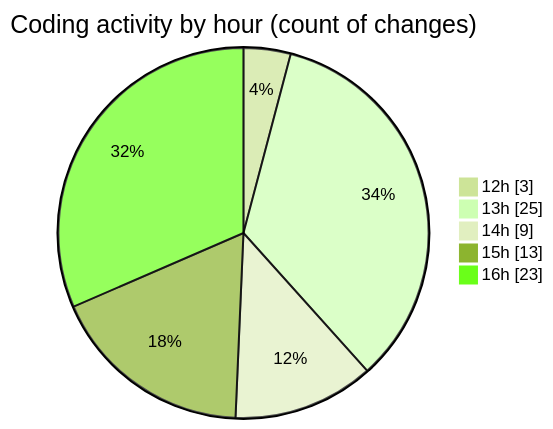
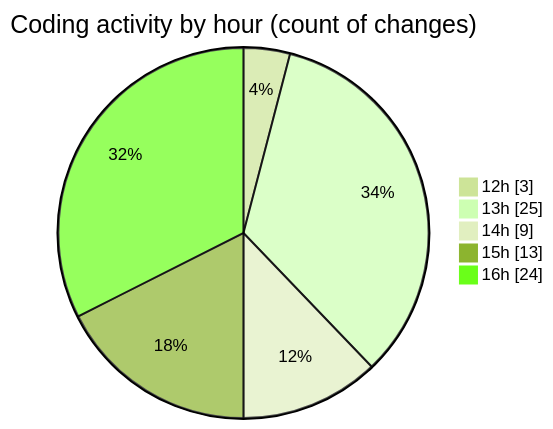
Before and after one commit to nxtqubesakshisongat/code-tracking: the second of 2 diagrams in 2025-09-26/nxtqube_webapp/README.md, drawn with Mermaid (forest theme). The commit also changed other lines of this file and 1 other file, not shown here.

````diff
--- a/2025-09-26/nxtqube_webapp/README.md
+++ b/2025-09-26/nxtqube_webapp/README.md
@@ -36,9 +36,9 @@
 ```mermaid
 pie showData
 title Coding activity by hour (count of changes)
 "12h" : 3
 "13h" : 25
 "14h" : 9
 "15h" : 13
-"16h" : 23
+"16h" : 24
 ```
````
